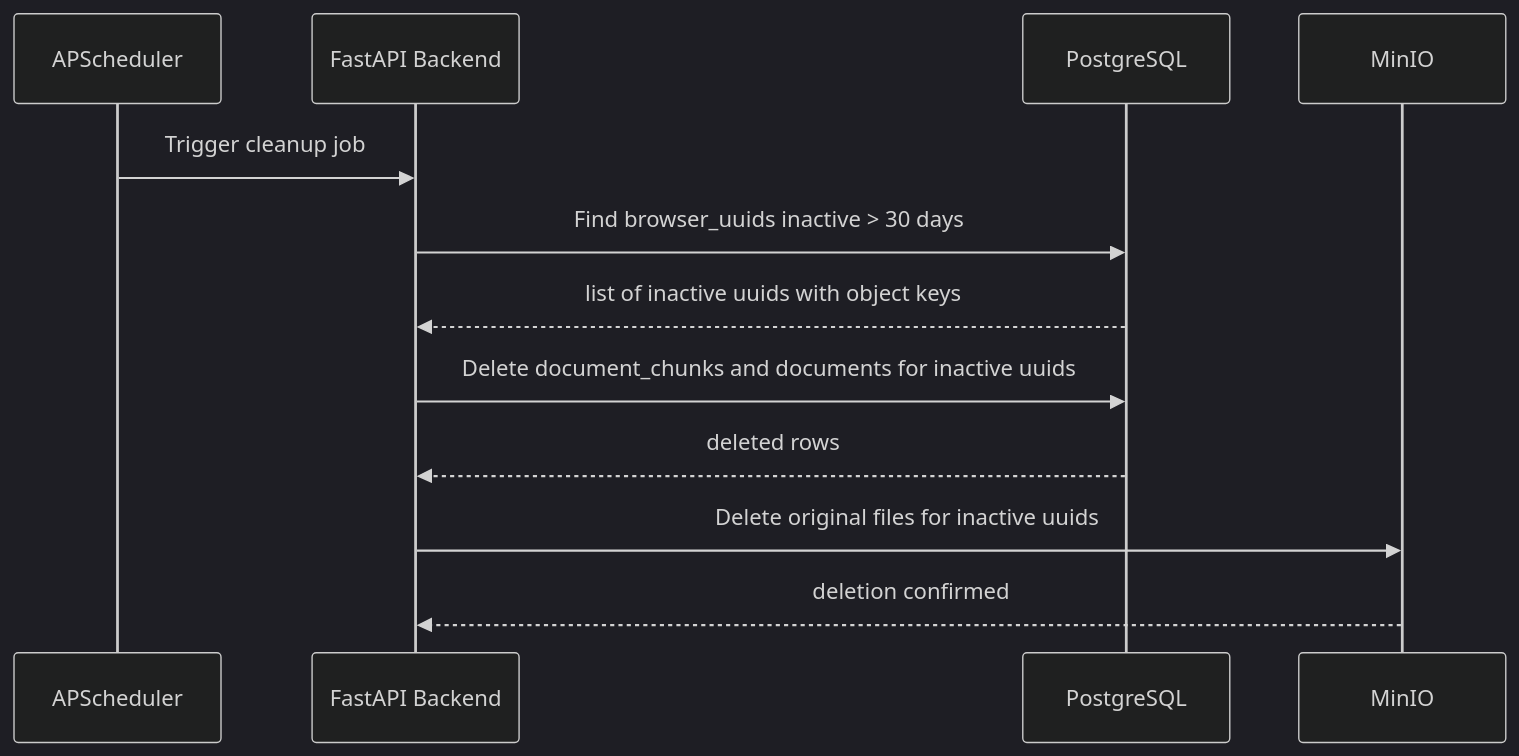
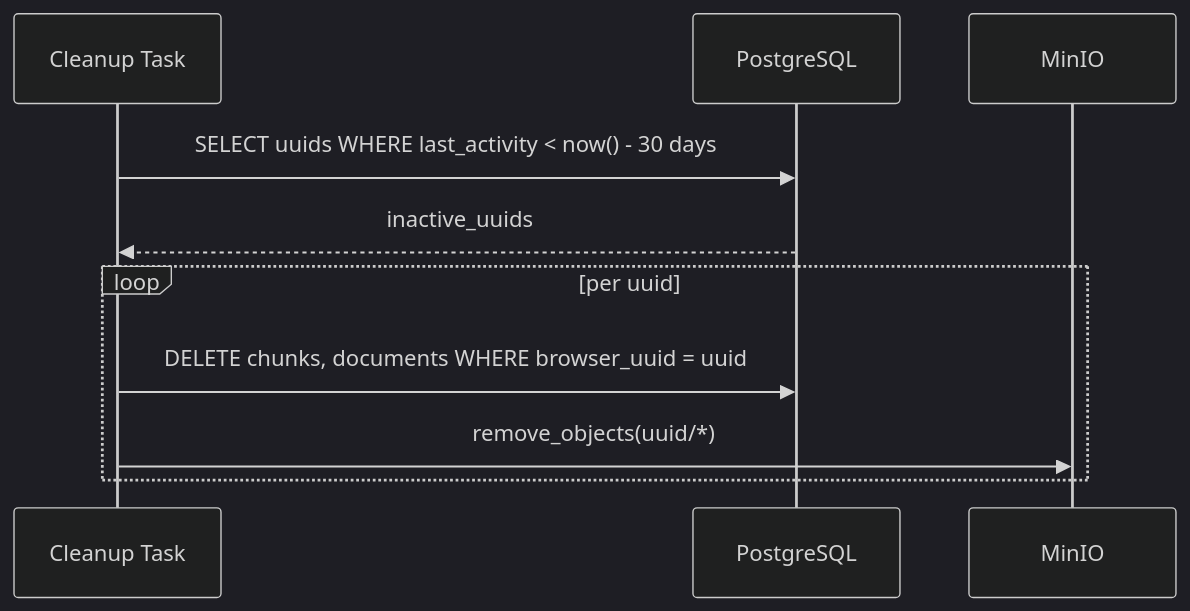
Before and after one commit to keshava-qourq/simple-rag-chatbot-without-login: the fourth of 5 diagrams in docs/sdlc/architecture/README.md, drawn with Mermaid (dark theme). The commit also changed other lines of this file and 11 other files, not shown here.

````diff
--- a/docs/sdlc/architecture/README.md
+++ b/docs/sdlc/architecture/README.md
@@ -109,14 +280,12 @@
 ```mermaid
 sequenceDiagram
-  participant SCHED as APScheduler
-  participant API as FastAPI Backend
+  participant TASK as Cleanup Task
   participant DB as PostgreSQL
   participant MINIO as MinIO
-  SCHED->>API: Trigger cleanup job
-  API->>DB: Find browser_uuids inactive > 30 days
-  DB-->>API: list of inactive uuids with object keys
-  API->>DB: Delete document_chunks and documents for inactive uuids
-  DB-->>API: deleted rows
-  API->>MINIO: Delete original files for inactive uuids
-  MINIO-->>API: deletion confirmed
+  TASK->>DB: SELECT uuids WHERE last_activity < now() - 30 days
+  DB-->>TASK: inactive_uuids
+  loop per uuid
+    TASK->>DB: DELETE chunks, documents WHERE browser_uuid = uuid
+    TASK->>MINIO: remove_objects(uuid/*)
+  end
 ```
````
